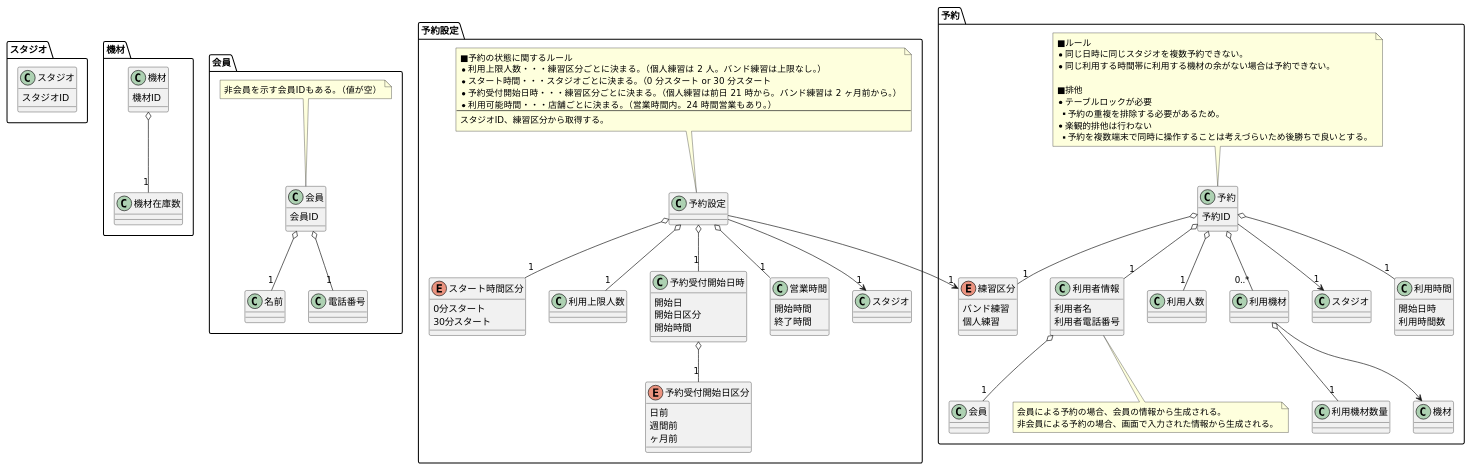
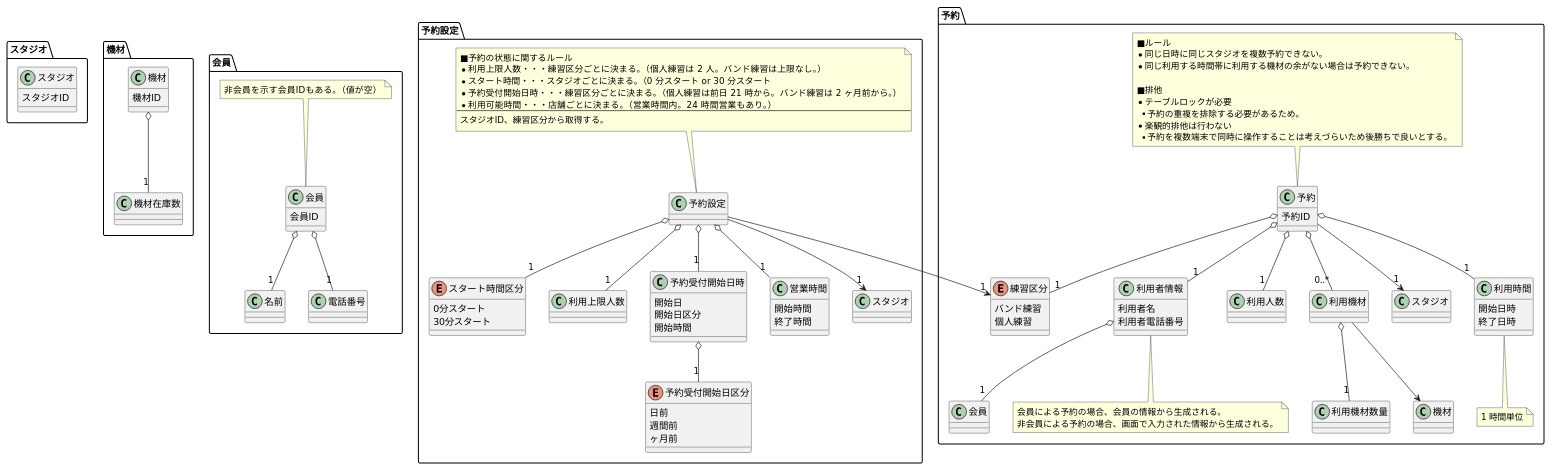
The diagram in modeling/07_DomainModel_予約.pu (TakashiOnawa/ddd-practice-studio-reservation), drawn with PlantUML before and after one commit. The commit also changed 13 other files, not shown here.

```diff
--- a/modeling/07_DomainModel_予約.pu
+++ b/modeling/07_DomainModel_予約.pu
@@ -1,133 +1,137 @@
 @startuml DomainModel
 
 package スタジオ {
     class スタジオ {
         スタジオID
     }
 }
 
 package 機材 {
     class 機材 {
         機材ID
     }
 
     class 機材在庫数
 
     機材 o-- "1" 機材在庫数
 }
 
 package 会員 {
     class 会員 {
         会員ID
     }
 
     class 名前
     class 電話番号
 
     会員 o-- "1" 名前
     会員 o-- "1" 電話番号
 
     note top of 会員
     非会員を示す会員IDもある。（値が空）
     end note
 }
 
 package 予約 {
     class 予約 {
         予約ID
     }
 
     class 利用時間 {
         開始日時
-        利用時間数
+        終了日時
     }
 
     class 利用者情報 {
         利用者名
         利用者電話番号
     }
     利用者情報 o-- "1" 会員
 
     note bottom of 利用者情報
     会員による予約の場合、会員の情報から生成される。
     非会員による予約の場合、画面で入力された情報から生成される。
+    end note
+
+    note bottom of 利用時間
+    1 時間単位
     end note
 
     class 利用人数
 
     enum 練習区分 {
         バンド練習
         個人練習
     }
 
     class 利用機材
     class 利用機材数量
     利用機材 --> 機材
     利用機材 o-- "1" 利用機材数量
 
     予約 --> "1" スタジオ
     予約 o-- "1" 利用時間
     予約 o-- "1" 利用者情報
     予約 o-- "1" 利用人数
     予約 o-- "1" 練習区分
     予約 o-- "0..*" 利用機材
 
     note top of 予約
     ■ルール
     * 同じ日時に同じスタジオを複数予約できない。
     * 同じ利用する時間帯に利用する機材の余がない場合は予約できない。
 
     ■排他
     * テーブルロックが必要
     ** 予約の重複を排除する必要があるため。
     * 楽観的排他は行わない
     ** 予約を複数端末で同時に操作することは考えづらいため後勝ちで良いとする。
     end note
 }
 
 package 予約設定 {
     class 予約設定
 
     enum スタート時間区分 {
         0分スタート
         30分スタート
     }
 
     class 利用上限人数
 
     class 予約受付開始日時 {
         開始日
         開始日区分
         開始時間
     }
     enum 予約受付開始日区分 {
         日前
         週間前
         ヶ月前
     }
     予約受付開始日時 o-- "1" 予約受付開始日区分
 
     class 営業時間 {
         開始時間
         終了時間
     }
 
     予約設定 --> "1" スタジオ
     予約設定 --> "1" 練習区分
     予約設定 o-- "1" スタート時間区分
     予約設定 o-- "1" 利用上限人数
     予約設定 o-- "1" 予約受付開始日時
     予約設定 o-- "1" 営業時間
 
     note top of 予約設定
     ■予約の状態に関するルール
     * 利用上限人数・・・練習区分ごとに決まる。（個人練習は 2 人。バンド練習は上限なし。）
     * スタート時間・・・スタジオごとに決まる。（0 分スタート or 30 分スタート
     * 予約受付開始日時・・・練習区分ごとに決まる。（個人練習は前日 21 時から。バンド練習は 2 ヶ月前から。）
     * 利用可能時間・・・店舗ごとに決まる。（営業時間内。24 時間営業もあり。）
     ---
     スタジオID、練習区分から取得する。
     end note
 }
 
 @enduml
```
